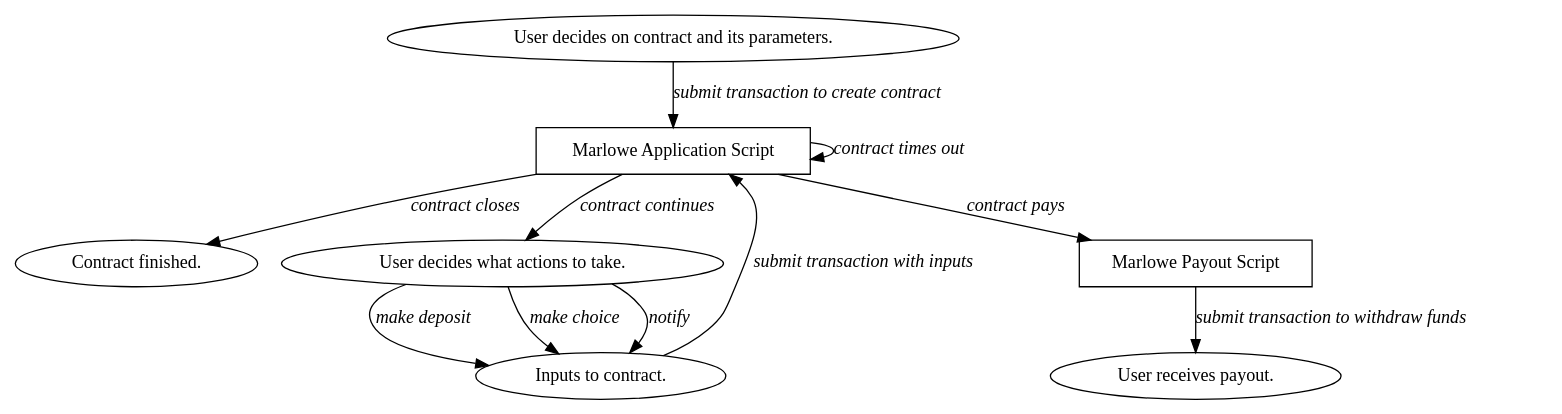
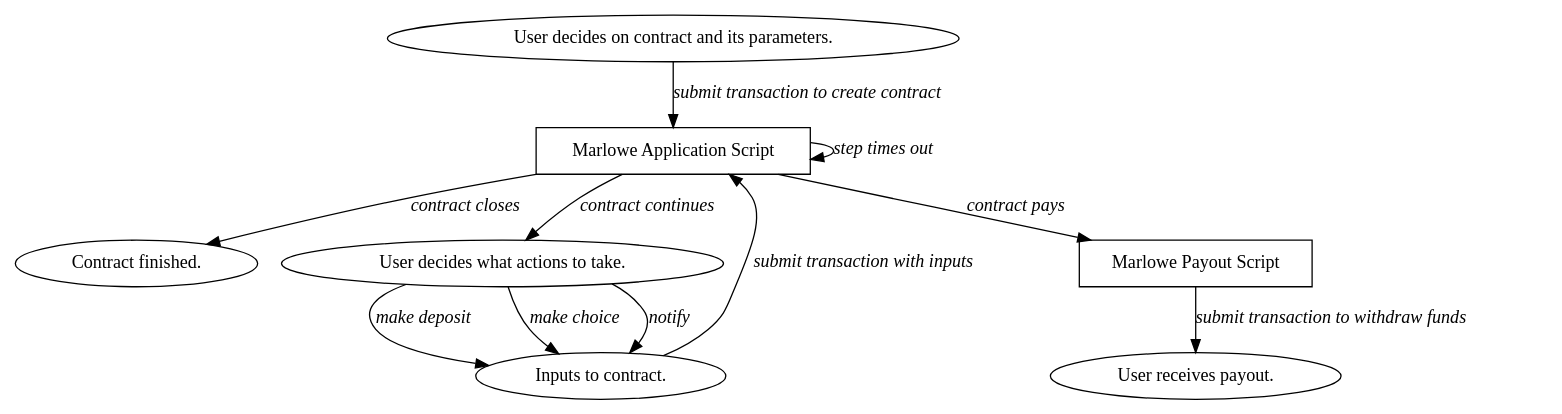
Before and after one commit to input-output-hk/real-world-marlowe: the diagram in diagrams/lifecycle.dot, drawn with Graphviz. The commit also changed 14 other files, not shown here.

Commit message:
SCP-3691 Tweaked diagrams.

```diff
--- a/diagrams/lifecycle.dot
+++ b/diagrams/lifecycle.dot
@@ -1,48 +1,48 @@
-digraph MarloweHL {
+digraph Lifecycle {
 
 
 node [shape=box]
 
 
 UserSelect [shape=oval label="User decides on contract and its parameters."]
 
 
 ApplicationScript [label="Marlowe Application Script"]
 
 UserSelect -> ApplicationScript [label=<<i>submit transaction to create contract</i>>]
 
-ApplicationScript-> ApplicationScript [label=<<i>contract times out</i>>]
+ApplicationScript-> ApplicationScript [label=<<i>step times out</i>>]
 
 
 Close [shape=oval label="Contract finished."]
 
 ApplicationScript -> Close [label=<<i>contract closes</i>>]
 
 
 UserDecide [shape=oval label="User decides what actions to take."]
 
 ApplicationScript -> UserDecide [label=<<i>contract continues</i>>]
 
 
 Inputs [shape=oval label="Inputs to contract."]
 
 UserDecide -> Inputs [label=<<i>make deposit</i>>]
 
 UserDecide -> Inputs [label=<<i>make choice</i>>]
 
 UserDecide -> Inputs [label=<<i>notify</i>>]
 
 Inputs -> ApplicationScript [label=<<i>submit transaction with inputs</i>>]
 
 
 PayoutScript [label="Marlowe Payout Script"]
 
 ApplicationScript -> PayoutScript [label=<<i>contract pays</i>>]
 
 
 UserFunds [shape=oval label="User receives payout."]
 
 PayoutScript -> UserFunds [label=<<i>submit transaction to withdraw funds</i>>]
 
 
 }
```
